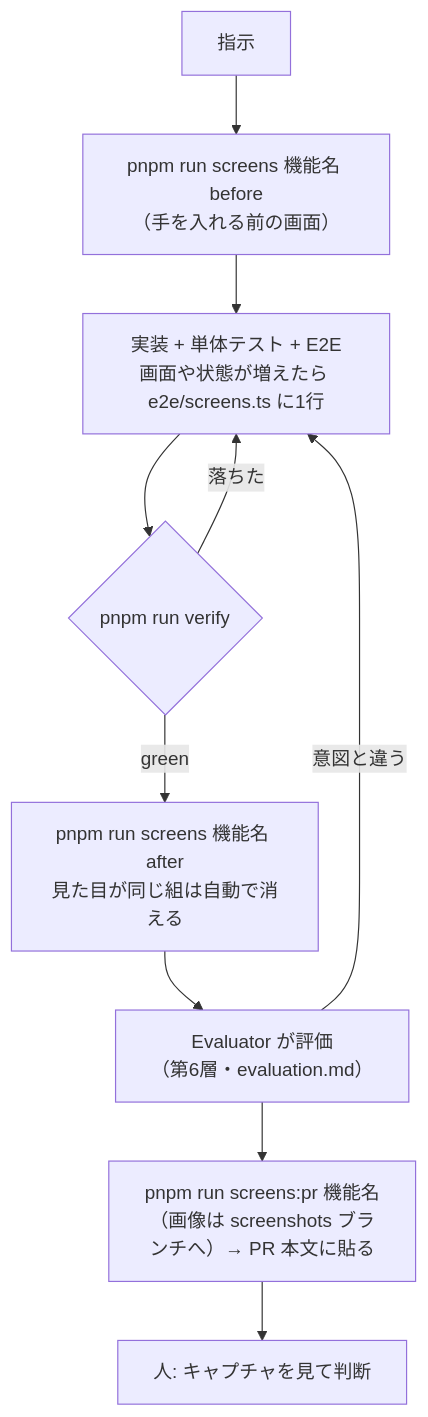
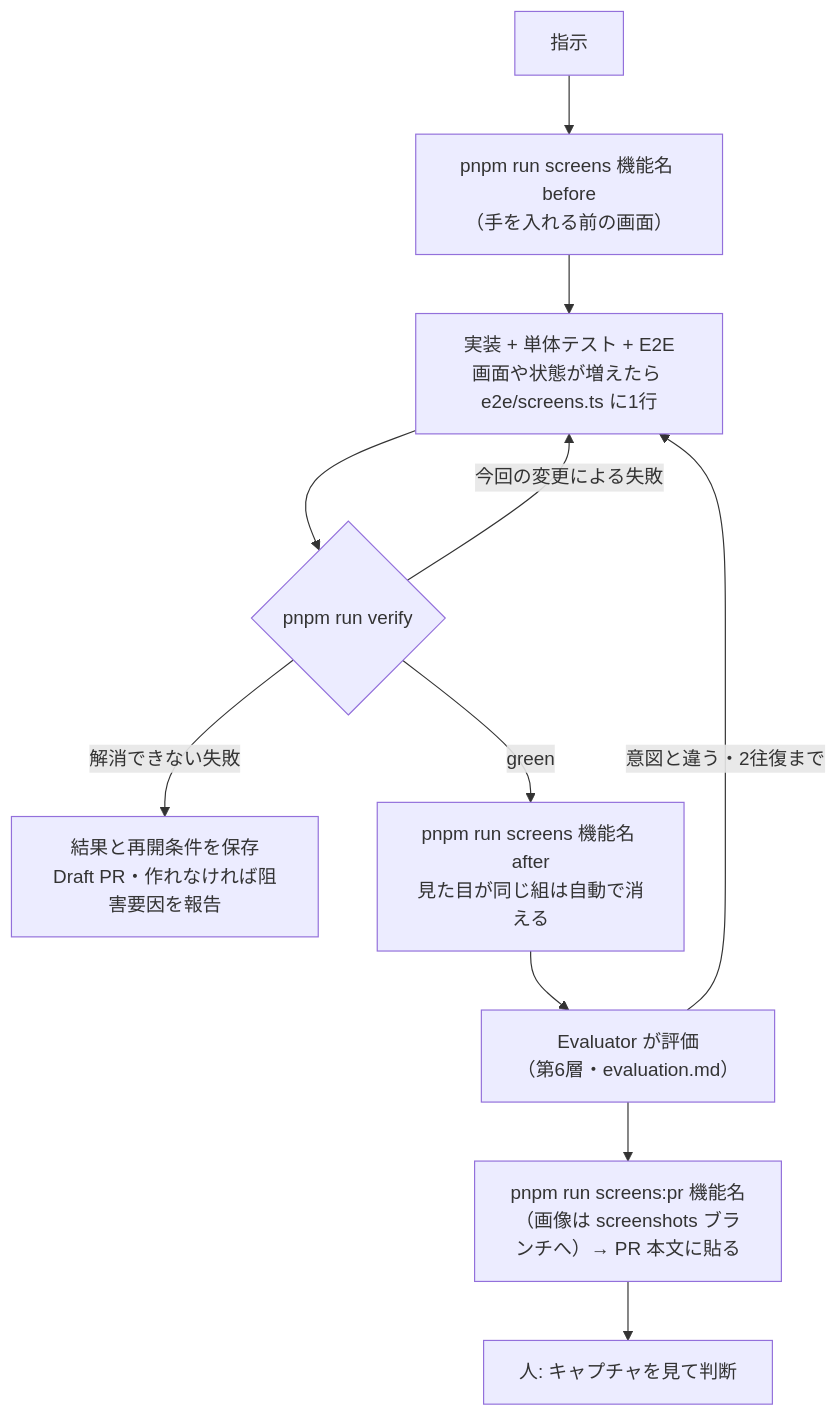
The second of 3 diagrams in docs/harness.md (Atoyr/keiba-note), drawn with Mermaid before and after one commit. The commit also changed other lines of this file and 6 other files, not shown here.

````diff
--- a/docs/harness.md
+++ b/docs/harness.md
@@ -414,12 +420,13 @@
 ```mermaid
 flowchart TB
     A["指示"] --> B["pnpm run screens 機能名 before<br/>（手を入れる前の画面）"]
     B --> C["実装 + 単体テスト + E2E<br/>画面や状態が増えたら e2e/screens.ts に1行"]
     C --> D{"pnpm run verify"}
-    D -- 落ちた --> C
+    D -- 今回の変更による失敗 --> C
+    D -- 解消できない失敗 --> I["結果と再開条件を保存<br/>Draft PR・作れなければ阻害要因を報告"]
     D -- green --> E["pnpm run screens 機能名 after<br/>見た目が同じ組は自動で消える"]
     E --> F["Evaluator が評価<br/>（第6層・evaluation.md）"]
-    F -- 意図と違う --> C
+    F -- 意図と違う・2往復まで --> C
     F --> G["pnpm run screens:pr 機能名<br/>（画像は screenshots ブランチへ）→ PR 本文に貼る"]
     G --> H["人: キャプチャを見て判断"]
 ```
````
